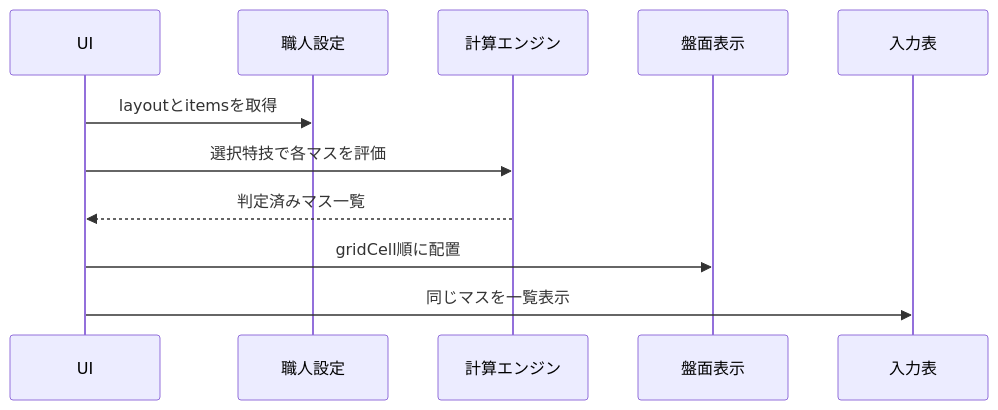
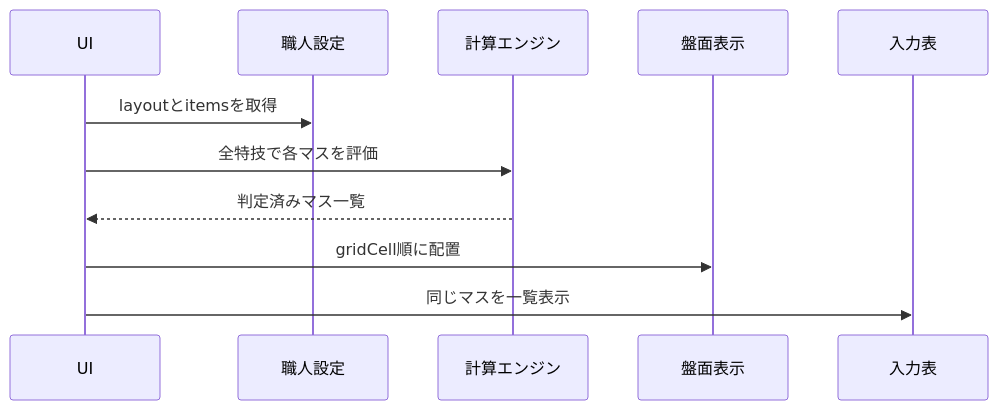
Before and after one commit to kwdch013/crafting_dq10: the diagram in docs/design/05-display-layout.md, drawn with Mermaid. The commit also changed 8 other files, not shown here.

````diff
--- a/docs/design/05-display-layout.md
+++ b/docs/design/05-display-layout.md
@@ -88,14 +88,14 @@
 ```mermaid
 sequenceDiagram
   participant UI as UI
   participant Config as 職人設定
   participant Engine as 計算エンジン
   participant Board as 盤面表示
   participant Table as 入力表
 
   UI->>Config: layoutとitemsを取得
-  UI->>Engine: 選択特技で各マスを評価
+  UI->>Engine: 全特技で各マスを評価
   Engine-->>UI: 判定済みマス一覧
   UI->>Board: gridCell順に配置
   UI->>Table: 同じマスを一覧表示
 ```
````
